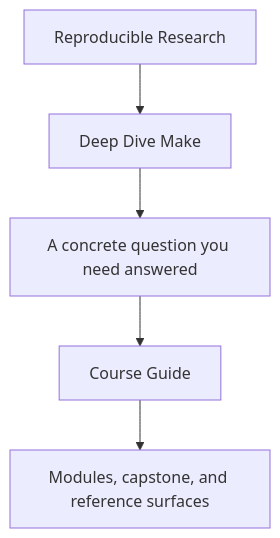
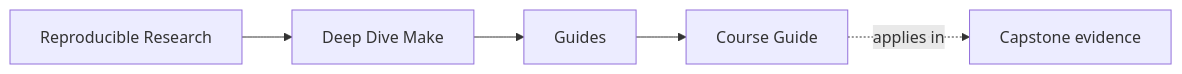
One commit to bijux/bijux-masterclass changed the first of 2 diagrams in programs/reproducible-research/deep-dive-make/course-book/guides/course-guide.md. Above: the diagram before and after it, drawn with Mermaid. The commit also changed other lines of this file and 146 other files, not shown here.

Commit message:
docs(deep-dive-make): map build truth and release review surfaces

````diff
--- a/programs/reproducible-research/deep-dive-make/course-book/guides/course-guide.md
+++ b/programs/reproducible-research/deep-dive-make/course-book/guides/course-guide.md
@@ -6,7 +6,11 @@
 ```mermaid
-flowchart TD
-  family["Reproducible Research"] --> program["Deep Dive Make"]
-  program --> pressure["A concrete question you need answered"]
-  pressure --> guide["Course Guide"]
-  guide --> next["Modules, capstone, and reference surfaces"]
+graph LR
+  family["Reproducible Research"]
+  program["Deep Dive Make"]
+  section["Guides"]
+  page["Course Guide"]
+  capstone["Capstone evidence"]
+
+  family --> program --> section --> page
+  page -.applies in.-> capstone
 ```
````
